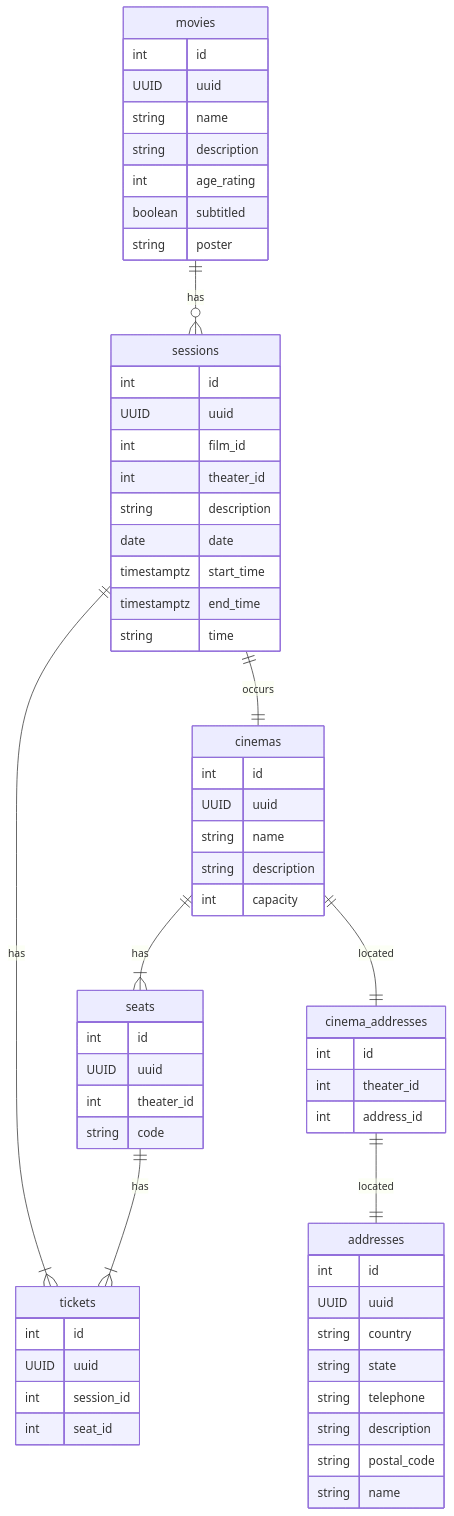
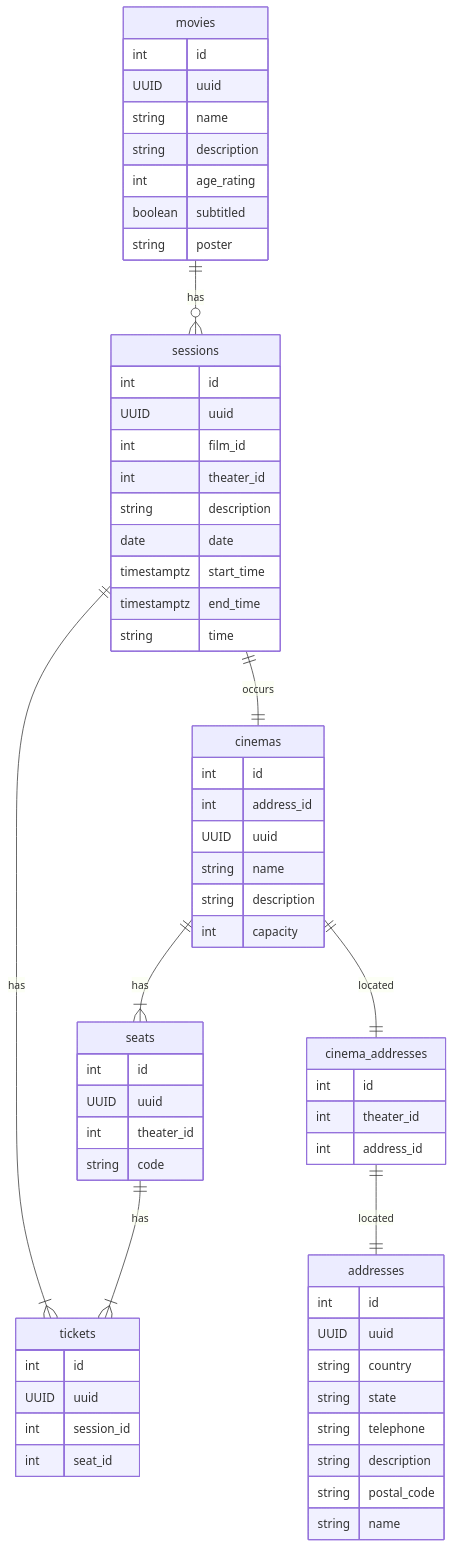
One commit to jtonynet/cine-catalogo changed the second of 2 diagrams in README.md. Above: the diagram before and after it, drawn with Mermaid.

Commit message:
fix (document): DER reflects cinemas and address associations

````diff
--- a/README.md
+++ b/README.md
@@ -146,65 +146,66 @@
 ```mermaid
 erDiagram 
     movies {
         int id
         UUID uuid
         string name
         string description
         int age_rating
         boolean subtitled
         string poster
     }
     sessions {
         int id
         UUID uuid
         int film_id
         int theater_id
         string description
         date date
         timestamptz start_time
         timestamptz end_time
         string time
     }
     cinemas {
         int id
+        int address_id
         UUID uuid
         string name
         string description
         int capacity
     }
     seats {
         int id
         UUID uuid
         int theater_id
         string code
     }
     tickets {
         int id
         UUID uuid
         int session_id
         int seat_id
     }
     addresses {
         int id
         UUID uuid
         string country
         string state
         string telephone
         string description
         string postal_code
         string name
     }
     cinema_addresses {
         int id
         int theater_id
         int address_id
     }
 
     movies ||--o{ sessions : has
     sessions ||--|| cinemas : occurs
     cinemas ||--|{ seats : has
     sessions ||--|{ tickets : has
     seats ||--|{ tickets : has
     cinemas ||--|| cinema_addresses : located
     cinema_addresses ||--|| addresses : located
 ```
````
